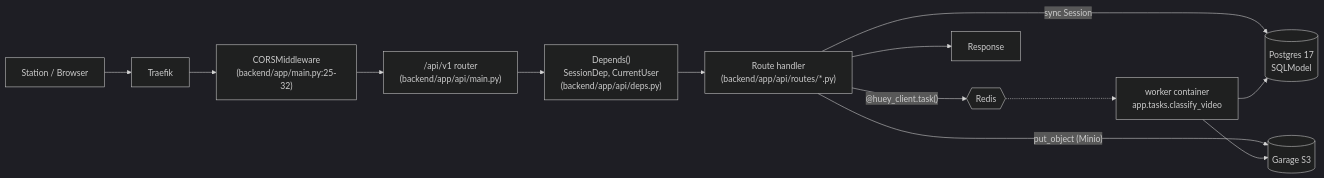
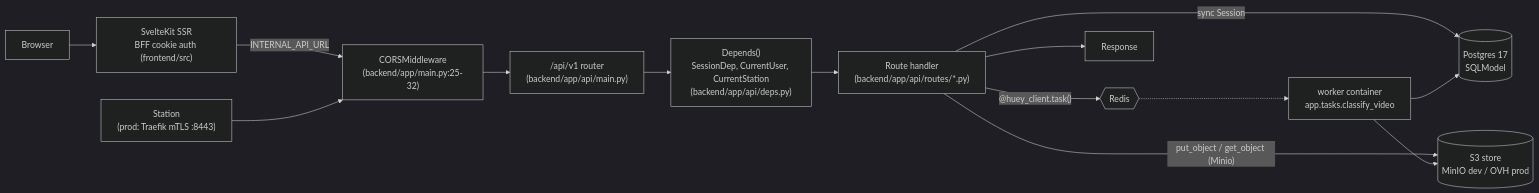
One commit to teschmitt/perchpub changed the diagram in CLAUDE.md. Above: the diagram before and after it, drawn with Mermaid (dark theme). The commit also changed other lines of this file, not shown here.

````diff
--- a/CLAUDE.md
+++ b/CLAUDE.md
@@ -9,15 +9,16 @@
 ```mermaid
 flowchart LR
-    Client["Station / Browser"] --> Traefik
-    Traefik --> CORS["CORSMiddleware<br/>(backend/app/main.py:25-32)"]
-    CORS --> Router["/api/v1 router<br/>(backend/app/api/main.py)"]
-    Router --> Deps["Depends()<br/>SessionDep, CurrentUser<br/>(backend/app/api/deps.py)"]
+    Browser --> SSR["SvelteKit SSR<br/>BFF cookie auth (frontend/src)"]
+    SSR -- "INTERNAL_API_URL" --> CORS
+    Station["Station<br/>(prod: Traefik mTLS :8443)"] --> CORS
+    CORS["CORSMiddleware<br/>(backend/app/main.py:25-32)"] --> Router["/api/v1 router<br/>(backend/app/api/main.py)"]
+    Router --> Deps["Depends()<br/>SessionDep, CurrentUser, CurrentStation<br/>(backend/app/api/deps.py)"]
     Deps --> Handler["Route handler<br/>(backend/app/api/routes/*.py)"]
     Handler -- sync Session --> DB[("Postgres 17<br/>SQLModel")]
-    Handler -- "put_object (Minio)" --> Garage[("Garage S3")]
+    Handler -- "put_object / get_object (Minio)" --> S3[("S3 store<br/>MinIO dev / OVH prod")]
     Handler -- "@huey_client.task()" --> Redis{{Redis}}
     Redis -.-> Worker["worker container<br/>app.tasks.classify_video"]
     Worker --> DB
-    Worker --> Garage
+    Worker --> S3
     Handler --> Response
 ```
````
